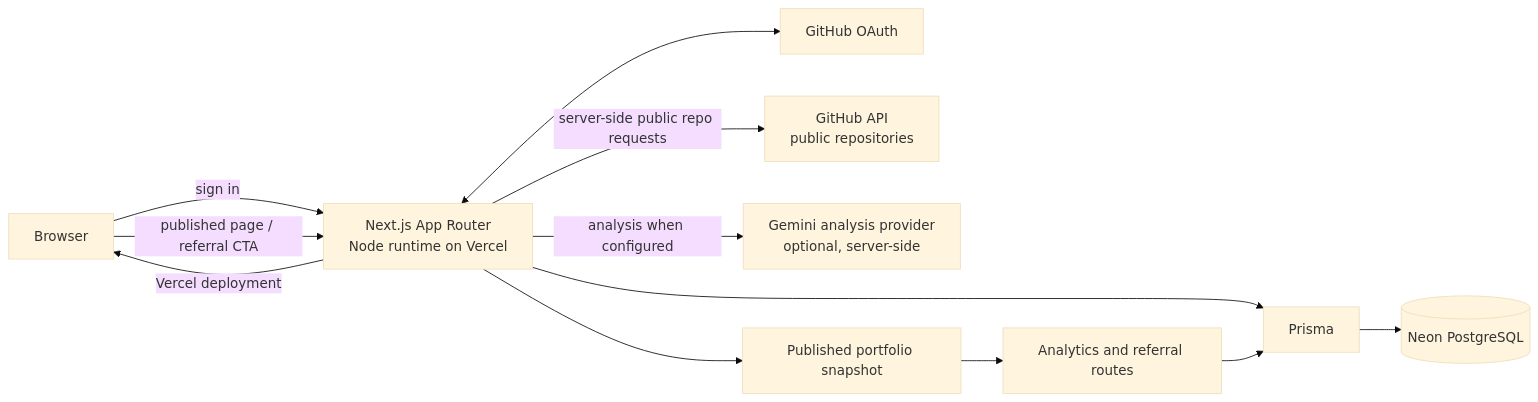
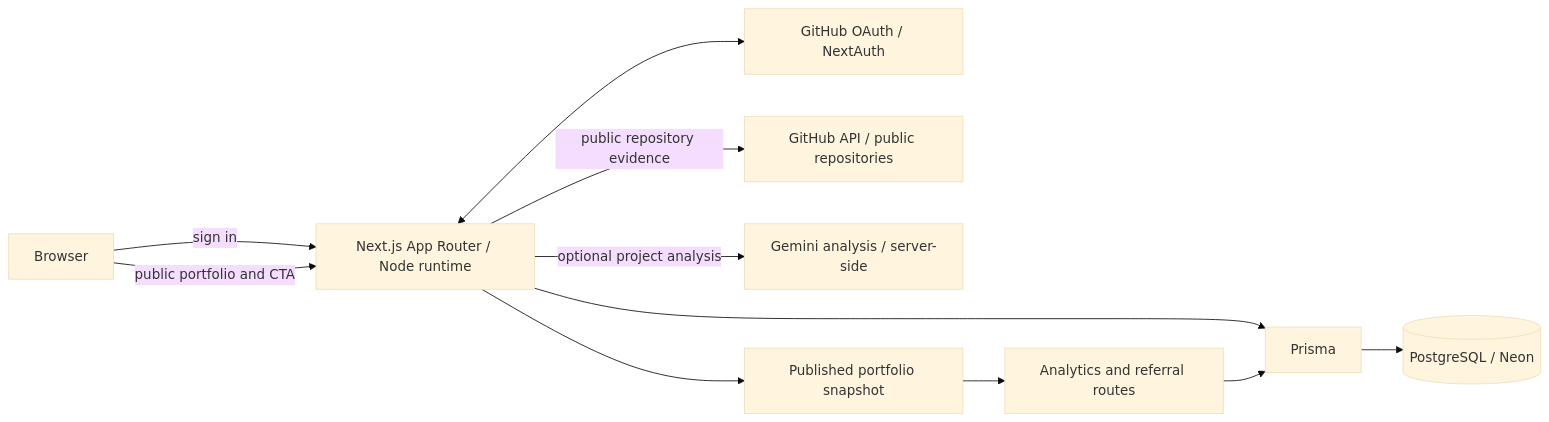
The diagram in docs/hackathon/ARCHITECTURE.md (HackOnVibeCom/nft9in3fvix72jpu5mto3gqcqmn1h5yvj0fhwqq6), drawn with Mermaid (base theme) before and after one commit. The commit also changed other lines of this file and 6 other files, not shown here.

````diff
--- a/docs/hackathon/ARCHITECTURE.md
+++ b/docs/hackathon/ARCHITECTURE.md
@@ -3,23 +3,21 @@
 ```mermaid
 flowchart LR
   Browser[Browser]
-  App[Next.js App Router\nNode runtime on Vercel]
-  OAuth[GitHub OAuth]
-  GH[GitHub API\npublic repositories]
-  Gemini[Gemini analysis provider\noptional, server-side]
+  App[Next.js App Router / Node runtime]
+  OAuth[GitHub OAuth / NextAuth]
+  GH[GitHub API / public repositories]
+  Gemini[Gemini analysis / server-side]
   Prisma[Prisma]
-  DB[(Neon PostgreSQL)]
-  Pub[Published portfolio snapshot]
+  DB[(PostgreSQL / Neon)]
+  Snapshot[Published portfolio snapshot]
   Track[Analytics and referral routes]
 
   Browser -->|sign in| App
   App <--> OAuth
-  App -->|server-side public repo requests| GH
-  App -->|analysis when configured| Gemini
+  App -->|public repository evidence| GH
+  App -->|optional project analysis| Gemini
   App --> Prisma --> DB
-  App --> Pub
-  Browser -->|published page / referral CTA| App
-  Pub --> Track
-  Track --> Prisma
-  App -->|Vercel deployment| Browser
+  App --> Snapshot
+  Browser -->|public portfolio and CTA| App
+  Snapshot --> Track --> Prisma
 ```
````
